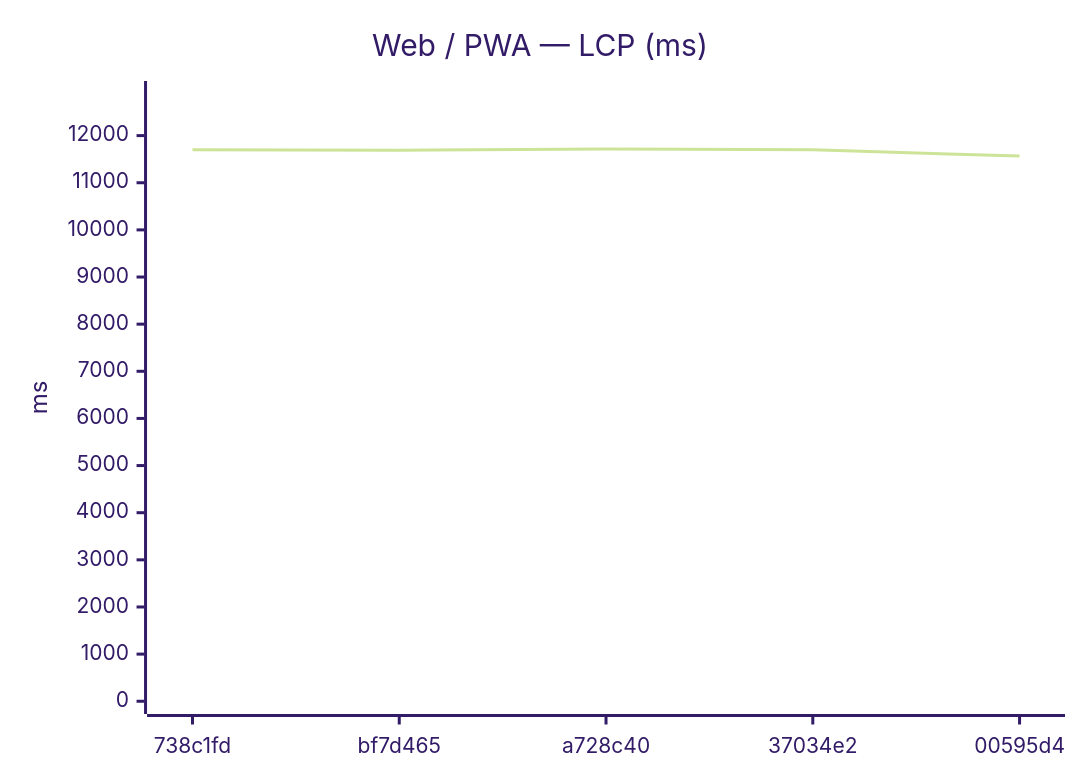
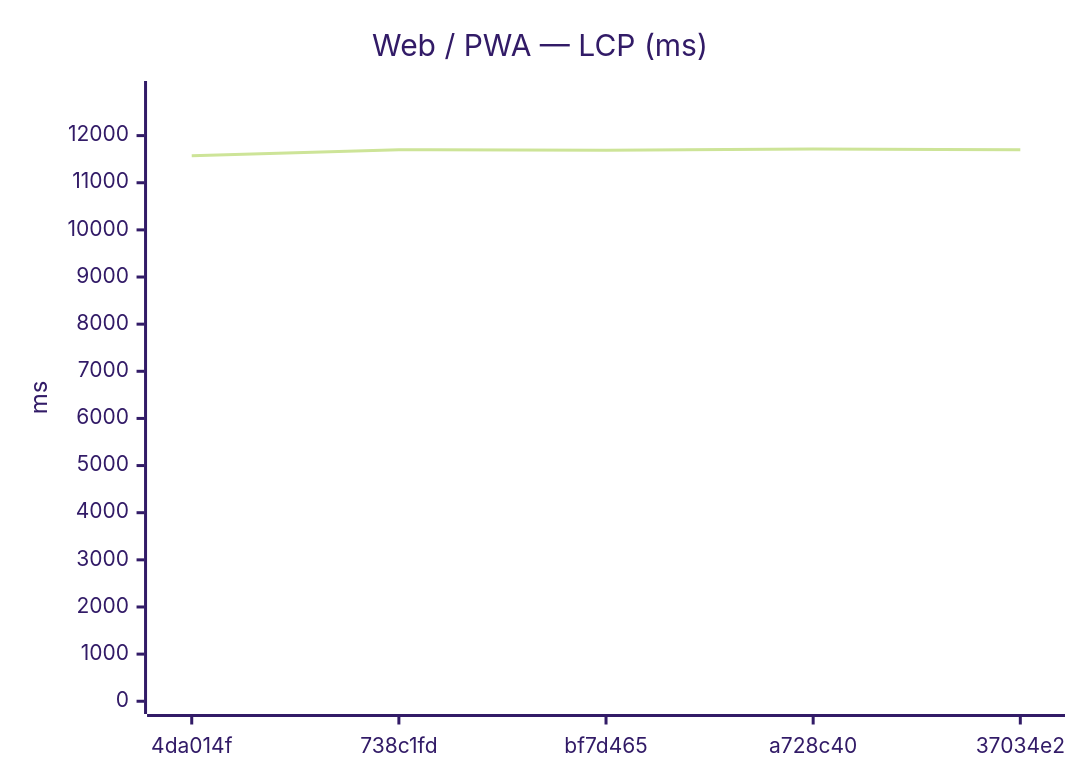
One commit to Metaheurist/Rianell changed the ninth of 24 diagrams in benchmarks/compare.md. Above: the diagram before and after it, drawn with Mermaid (forest theme). The commit also changed other lines of this file and 13 other files, not shown here.

````diff
--- a/benchmarks/compare.md
+++ b/benchmarks/compare.md
@@ -144,7 +144,7 @@
 ```mermaid
 xychart-beta
     title "Web / PWA — LCP (ms)"
-    x-axis ["738c1fd", "bf7d465", "a728c40", "37034e2", "00595d4"]
+    x-axis ["4da014f", "738c1fd", "bf7d465", "a728c40", "37034e2"]
     y-axis "ms" 0 --> 12888
-    line [11701, 11691, 11716, 11698, 11566]
+    line [11572, 11701, 11691, 11716, 11698]
 ```
````
